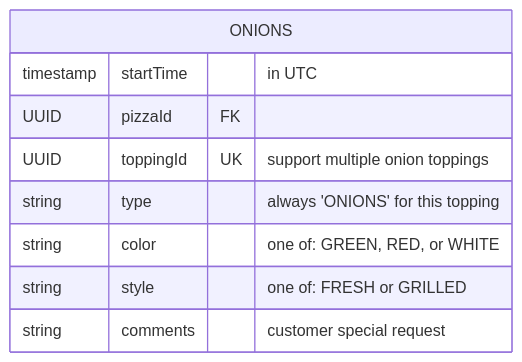
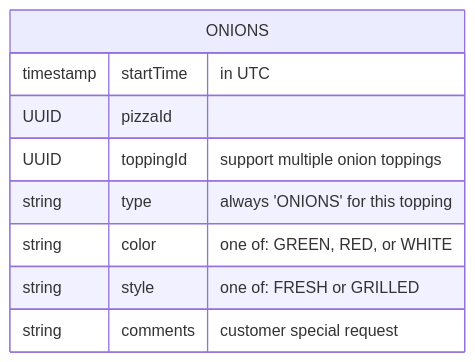
Before and after one commit to SruthiKorembathe/CICDImplementation: the fifth of 6 diagrams in Examples-of-diagramming.md, drawn with Mermaid. The commit also changed other lines of this file, not shown here.

````diff
--- a/Examples-of-diagramming.md
+++ b/Examples-of-diagramming.md
@@ -105,12 +102,12 @@
 ```mermaid
 erDiagram
   ONIONS {
     timestamp startTime "in UTC"
-    UUID pizzaId FK
-    UUID toppingId UK "support multiple onion toppings"
+    UUID pizzaId 
+    UUID toppingId "support multiple onion toppings"
     string type "always 'ONIONS' for this topping"
     string color "one of: GREEN, RED, or WHITE"
     string style "one of: FRESH or GRILLED"
     string comments "customer special request"
   }
 ```
````
